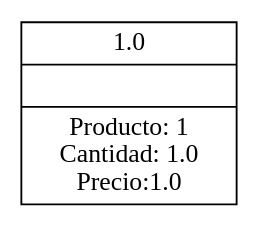
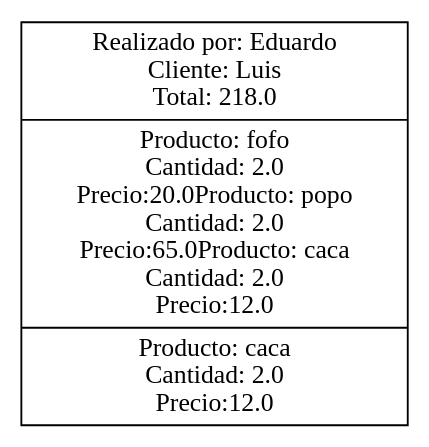
One commit to Eduardo01004/Proyecto_Clase_EDD changed the diagram in Proyecto_Clase/Factura.dot. Above: the diagram before and after it, drawn with Graphviz. The commit also changed 103 other files, not shown here.

```diff
--- a/Proyecto_Clase/Factura.dot
+++ b/Proyecto_Clase/Factura.dot
@@ -1,7 +1,10 @@
 digraph G{ rankdir=LR;
 node [shape= record, width=.1,height=.1];
 
 nodeTable [label = " 
-1.0||Producto: 1&#92;n Cantidad: 1.0&#92;n Precio:1.0
+Realizado por: Eduardo&#92;n Cliente: Luis&#92;n Total: 218.0|Producto: fofo&#92;n Cantidad: 2.0&#92;n Precio:20.0
+Producto: popo&#92;n Cantidad: 2.0&#92;n Precio:65.0
+Producto: caca&#92;n Cantidad: 2.0&#92;n Precio:12.0
+|Producto: caca&#92;n Cantidad: 2.0&#92;n Precio:12.0
 "];
 }
```
